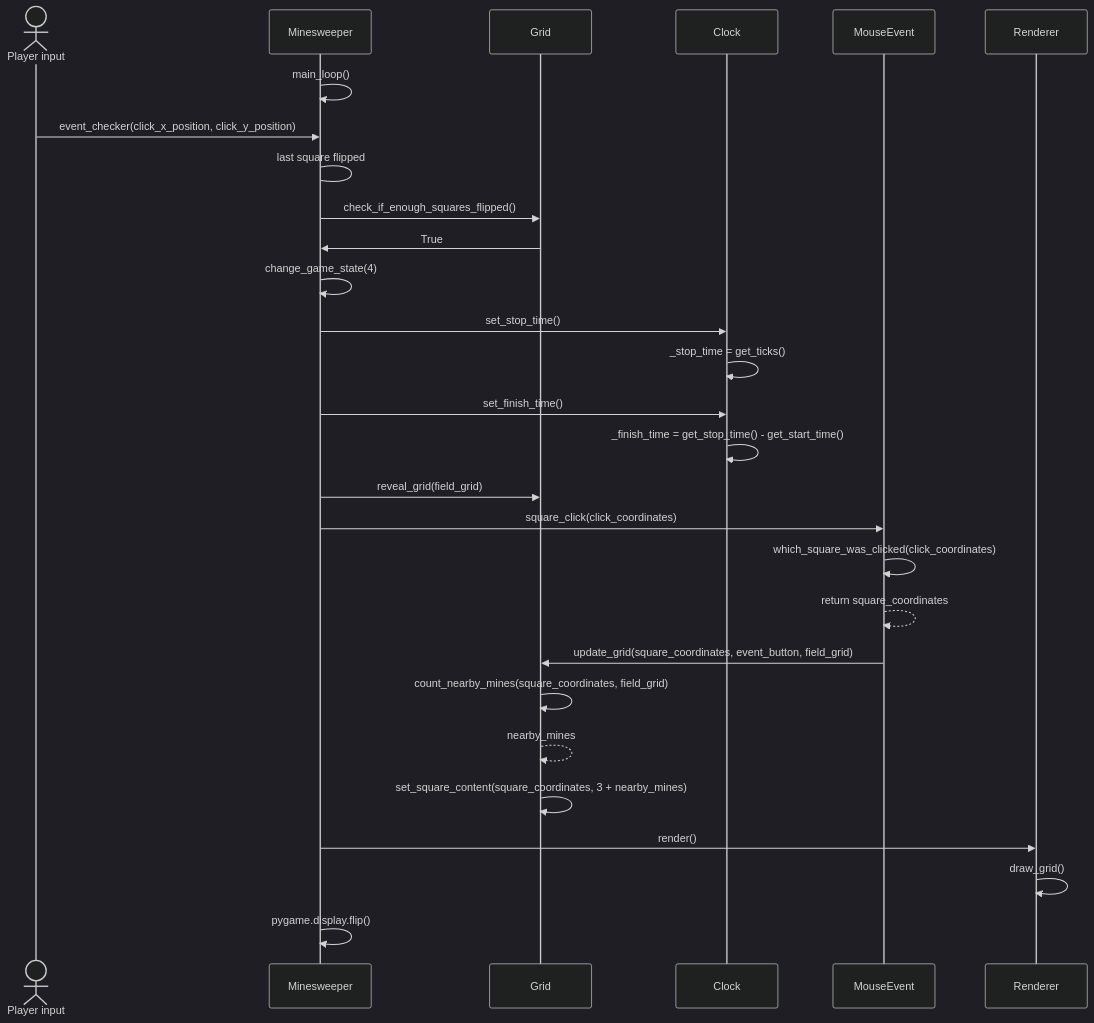
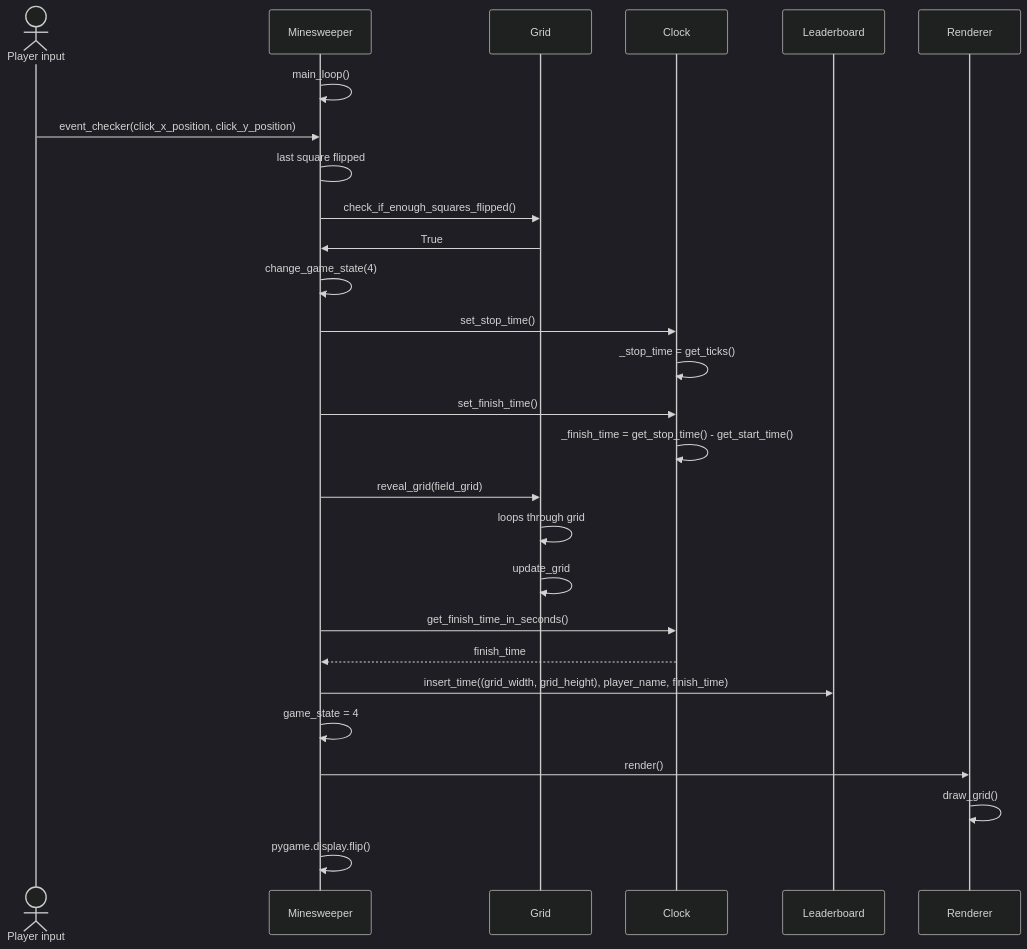
Before and after one commit to thefakejj/Minesweeper: the fifth of 5 diagrams in documentation/arkkitehtuurikuvaus.md, drawn with Mermaid (dark theme).

Commit message:
sekvenssikaaviot tehty

````diff
--- a/documentation/arkkitehtuurikuvaus.md
+++ b/documentation/arkkitehtuurikuvaus.md
@@ -150,29 +150,25 @@
 ```mermaid
 sequenceDiagram
   actor Player input
   
   Minesweeper->>Minesweeper: main_loop()
   Player input->>Minesweeper: event_checker(click_x_position, click_y_position)
   Minesweeper->Minesweeper: last square flipped
   Minesweeper->>Grid: check_if_enough_squares_flipped()
   Grid->>Minesweeper: True
   Minesweeper->>Minesweeper: change_game_state(4)
   Minesweeper->>Clock: set_stop_time()
   Clock->>Clock: _stop_time = get_ticks()
   Minesweeper->>Clock: set_finish_time()
   Clock->>Clock: _finish_time = get_stop_time() - get_start_time()
   Minesweeper->>Grid: reveal_grid(field_grid)
-
-
-
-  Minesweeper->>MouseEvent: square_click(click_coordinates)
-  MouseEvent->>MouseEvent: which_square_was_clicked(click_coordinates)
-  MouseEvent-->>MouseEvent: return square_coordinates
-  MouseEvent->>Grid: update_grid(square_coordinates, event_button, field_grid)
-  Grid->>Grid: count_nearby_mines(square_coordinates, field_grid)
-  Grid-->>Grid: nearby_mines
-  Grid->>Grid: set_square_content(square_coordinates, 3 + nearby_mines)
+  Grid->>Grid: loops through grid
+  Grid->>Grid: update_grid
+  Minesweeper->>Clock: get_finish_time_in_seconds()
+  Clock-->>Minesweeper: finish_time
+  Minesweeper->>Leaderboard: insert_time((grid_width, grid_height), player_name, finish_time)
+  Minesweeper->>Minesweeper: game_state = 4
   Minesweeper->>Renderer: render()
   Renderer->>Renderer: draw_grid()
   Minesweeper->>Minesweeper: pygame.display.flip()
 ```
````
